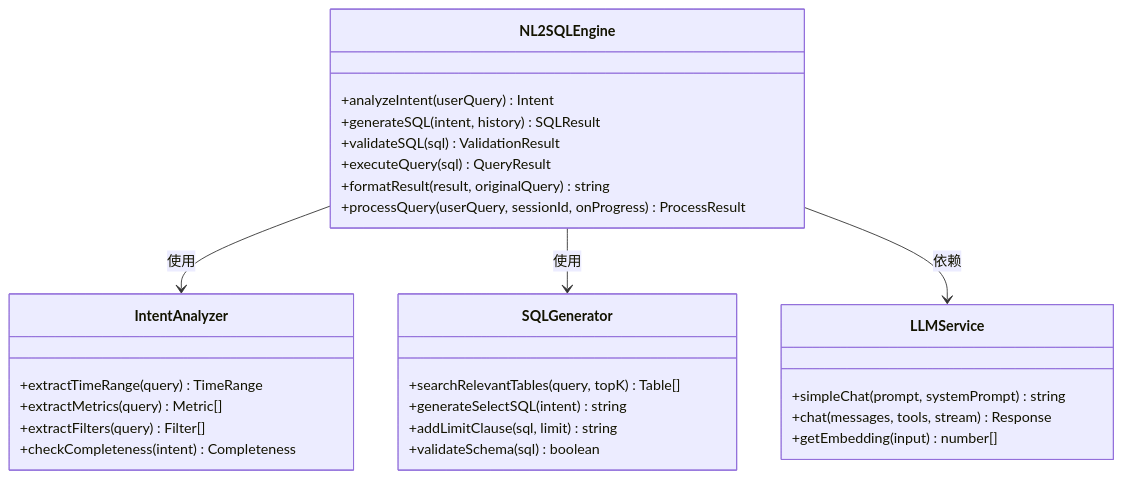
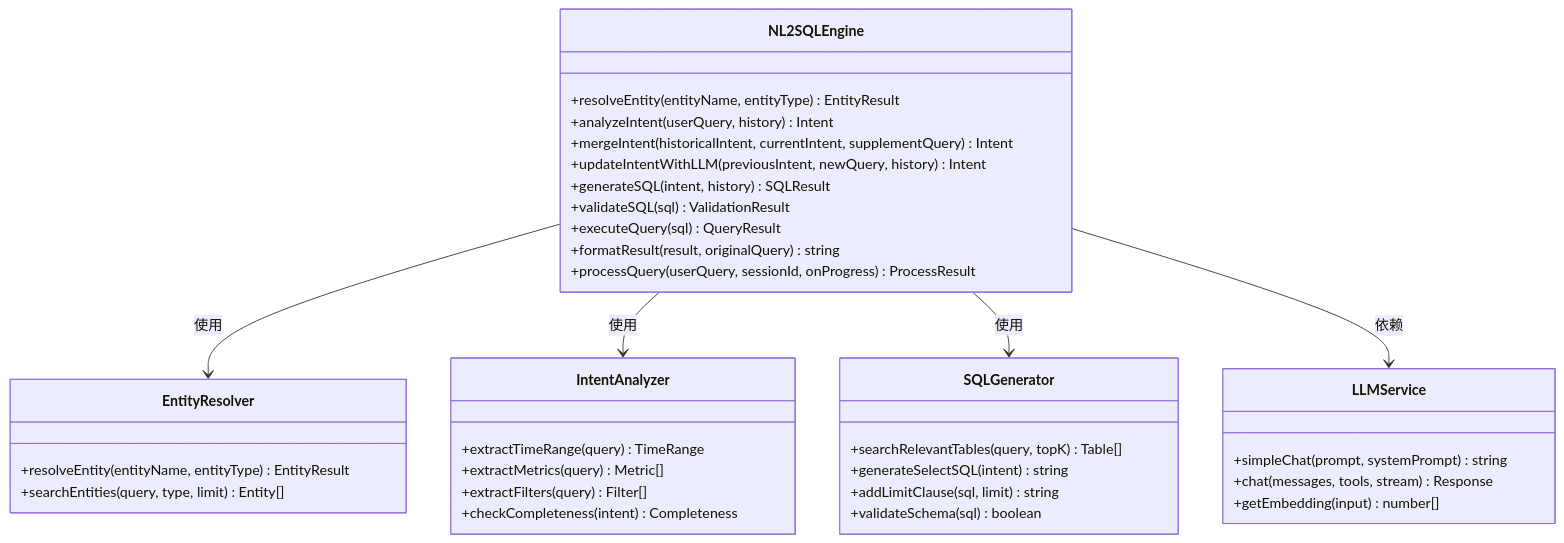
Before and after one commit to HanHuiOnLine/724-office: the third of 9 diagrams in .qoder/repowiki/zh/content/API参考/NL2SQL API参考.md, drawn with Mermaid. The commit also changed other lines of this file and 14 other files, not shown here.

````diff
--- a/.qoder/repowiki/zh/content/API参考/NL2SQL API参考.md
+++ b/.qoder/repowiki/zh/content/API参考/NL2SQL API参考.md
@@ -164,31 +183,39 @@
 ```mermaid
 classDiagram
 class NL2SQLEngine {
-+analyzeIntent(userQuery) Intent
++resolveEntity(entityName, entityType) EntityResult
++analyzeIntent(userQuery, history) Intent
++mergeIntent(historicalIntent, currentIntent, supplementQuery) Intent
++updateIntentWithLLM(previousIntent, newQuery, history) Intent
 +generateSQL(intent, history) SQLResult
 +validateSQL(sql) ValidationResult
 +executeQuery(sql) QueryResult
 +formatResult(result, originalQuery) string
 +processQuery(userQuery, sessionId, onProgress) ProcessResult
+}
+class EntityResolver {
++resolveEntity(entityName, entityType) EntityResult
++searchEntities(query, type, limit) Entity[]
 }
 class IntentAnalyzer {
 +extractTimeRange(query) TimeRange
 +extractMetrics(query) Metric[]
 +extractFilters(query) Filter[]
 +checkCompleteness(intent) Completeness
 }
 class SQLGenerator {
 +searchRelevantTables(query, topK) Table[]
 +generateSelectSQL(intent) string
 +addLimitClause(sql, limit) string
 +validateSchema(sql) boolean
 }
 class LLMService {
 +simpleChat(prompt, systemPrompt) string
 +chat(messages, tools, stream) Response
 +getEmbedding(input) number[]
 }
+NL2SQLEngine --> EntityResolver : 使用
 NL2SQLEngine --> IntentAnalyzer : 使用
 NL2SQLEngine --> SQLGenerator : 使用
 NL2SQLEngine --> LLMService : 依赖
 ```
````
